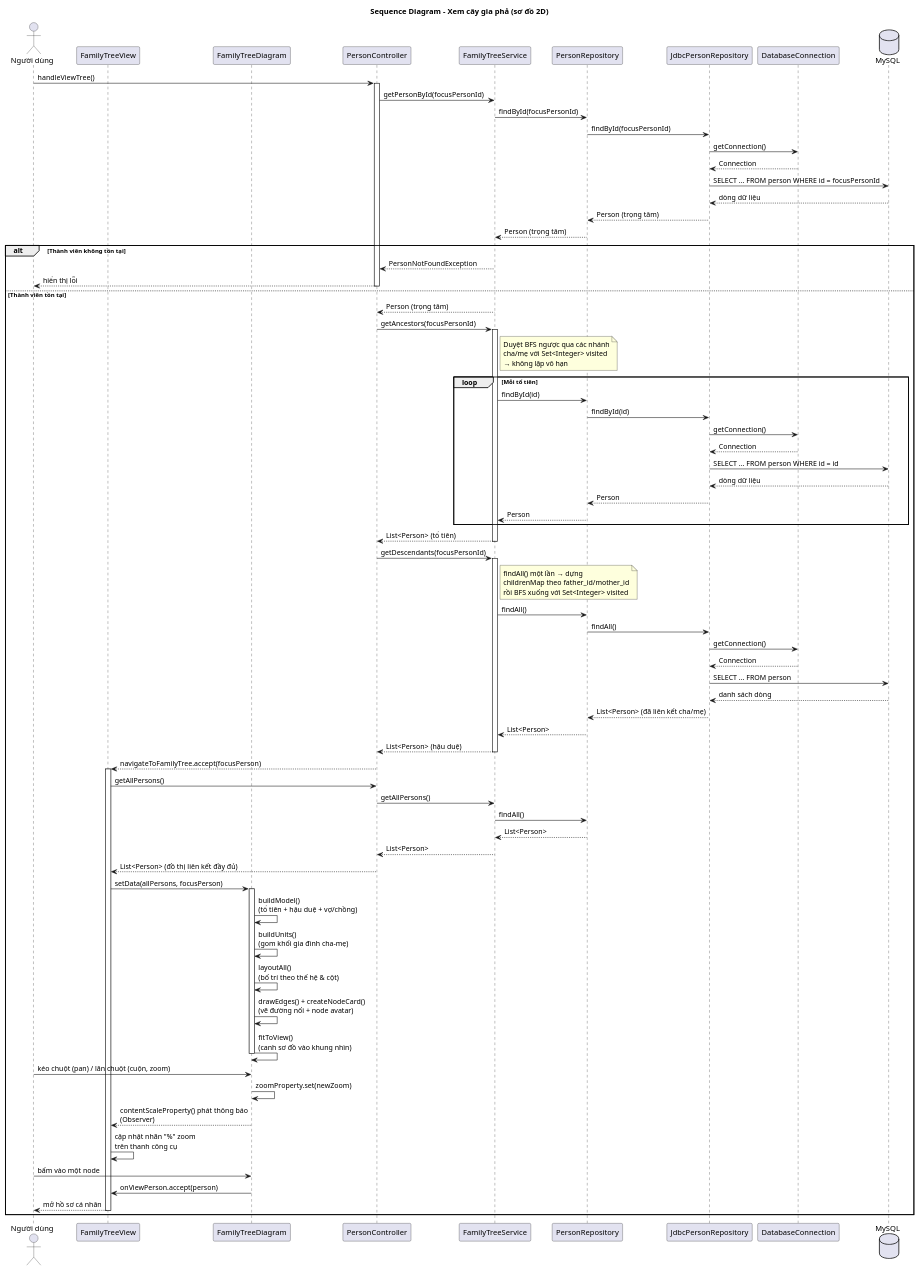
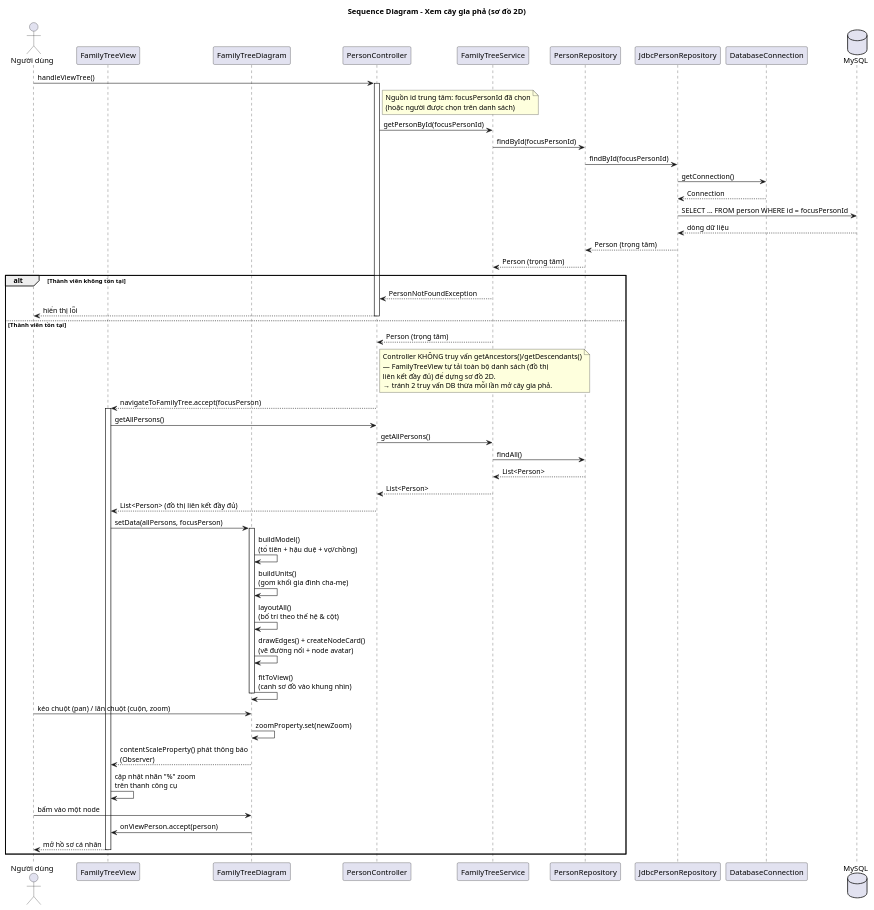
One commit to minhchien170704/do-an-gia-pha changed the diagram in docs/uml/sequence-family-tree.puml. Above: the diagram before and after it, drawn with PlantUML. The commit also changed 9 other files, not shown here.

First line of the commit message:
refactor(controller): loai bo dead code va API dung chua dung trong PersonController

```diff
--- a/docs/uml/sequence-family-tree.puml
+++ b/docs/uml/sequence-family-tree.puml
@@ -1,104 +1,78 @@
 @startuml sequence-family-tree
 
 title Sequence Diagram - Xem cây gia phả (sơ đồ 2D)
 
 actor "Người dùng" as User
 participant "FamilyTreeView" as TreeView
 participant "FamilyTreeDiagram" as Diagram
 participant "PersonController" as Controller
 participant "FamilyTreeService" as Service
 participant "PersonRepository" as Repo
 participant "JdbcPersonRepository" as JdbcRepo
 participant "DatabaseConnection" as DBConn
 database "MySQL" as DB
 
 User -> Controller : handleViewTree()
 activate Controller
+
+note right of Controller
+  Nguồn id trung tâm: focusPersonId đã chọn
+  (hoặc người được chọn trên danh sách)
+end note
 
 Controller -> Service : getPersonById(focusPersonId)
 Service -> Repo : findById(focusPersonId)
 Repo -> JdbcRepo : findById(focusPersonId)
 JdbcRepo -> DBConn : getConnection()
 DBConn --> JdbcRepo : Connection
 JdbcRepo -> DB : SELECT ... FROM person WHERE id = focusPersonId
 DB --> JdbcRepo : dòng dữ liệu
 JdbcRepo --> Repo : Person (trọng tâm)
 Repo --> Service : Person (trọng tâm)
 
 alt Thành viên không tồn tại
     Service --> Controller : PersonNotFoundException
     Controller --> User : hiển thị lỗi
     deactivate Controller
 else Thành viên tồn tại
     Service --> Controller : Person (trọng tâm)
 
-    Controller -> Service : getAncestors(focusPersonId)
-    activate Service
-    note right of Service
-      Duyệt BFS ngược qua các nhánh
-      cha/mẹ với Set<Integer> visited
-      → không lặp vô hạn
+    note right of Controller
+      Controller KHÔNG truy vấn getAncestors()/getDescendants()
+      — FamilyTreeView tự tải toàn bộ danh sách (đồ thị
+      liên kết đầy đủ) để dựng sơ đồ 2D.
+      → tránh 2 truy vấn DB thừa mỗi lần mở cây gia phả.
     end note
-    loop Mỗi tổ tiên
-        Service -> Repo : findById(id)
-        Repo -> JdbcRepo : findById(id)
-        JdbcRepo -> DBConn : getConnection()
-        DBConn --> JdbcRepo : Connection
-        JdbcRepo -> DB : SELECT ... FROM person WHERE id = id
-        DB --> JdbcRepo : dòng dữ liệu
-        JdbcRepo --> Repo : Person
-        Repo --> Service : Person
-    end
-    Service --> Controller : List<Person> (tổ tiên)
-    deactivate Service
-
-    Controller -> Service : getDescendants(focusPersonId)
-    activate Service
-    note right of Service
-      findAll() một lần → dựng
-      childrenMap theo father_id/mother_id
-      rồi BFS xuống với Set<Integer> visited
-    end note
-    Service -> Repo : findAll()
-    Repo -> JdbcRepo : findAll()
-    JdbcRepo -> DBConn : getConnection()
-    DBConn --> JdbcRepo : Connection
-    JdbcRepo -> DB : SELECT ... FROM person
-    DB --> JdbcRepo : danh sách dòng
-    JdbcRepo --> Repo : List<Person> (đã liên kết cha/mẹ)
-    Repo --> Service : List<Person>
-    Service --> Controller : List<Person> (hậu duệ)
-    deactivate Service
 
     Controller --> TreeView : navigateToFamilyTree.accept(focusPerson)
     deactivate Controller
 
     activate TreeView
     TreeView -> Controller : getAllPersons()
     Controller -> Service : getAllPersons()
     Service -> Repo : findAll()
     Repo --> Service : List<Person>
     Service --> Controller : List<Person>
     Controller --> TreeView : List<Person> (đồ thị liên kết đầy đủ)
 
     TreeView -> Diagram : setData(allPersons, focusPerson)
     activate Diagram
     Diagram -> Diagram : buildModel()\n(tổ tiên + hậu duệ + vợ/chồng)
     Diagram -> Diagram : buildUnits()\n(gom khối gia đình cha–mẹ)
     Diagram -> Diagram : layoutAll()\n(bố trí theo thế hệ & cột)
     Diagram -> Diagram : drawEdges() + createNodeCard()\n(vẽ đường nối + node avatar)
     Diagram -> Diagram : fitToView()\n(canh sơ đồ vào khung nhìn)
     deactivate Diagram
 
     User -> Diagram : kéo chuột (pan) / lăn chuột (cuộn, zoom)
     Diagram -> Diagram : zoomProperty.set(newZoom)
     Diagram --> TreeView : contentScaleProperty() phát thông báo\n(Observer)
     TreeView -> TreeView : cập nhật nhãn "%" zoom\ntrên thanh công cụ
 
     User -> Diagram : bấm vào một node
     Diagram -> TreeView : onViewPerson.accept(person)
     TreeView --> User : mở hồ sơ cá nhân
     deactivate TreeView
 end
 
 @enduml
```
